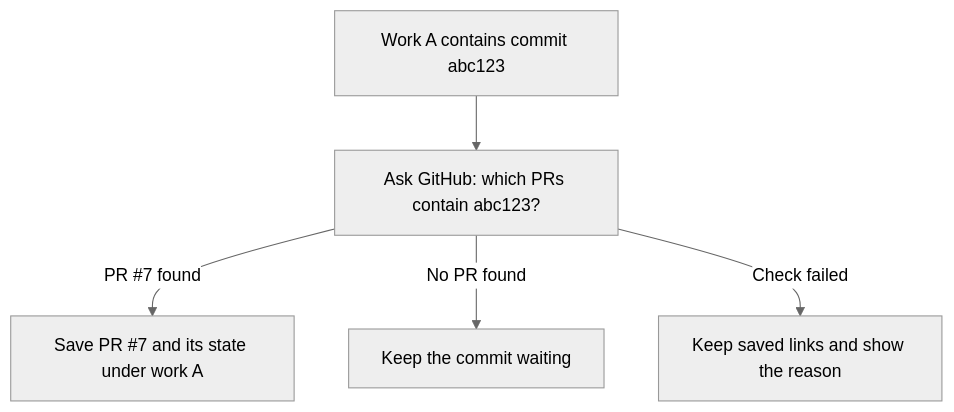
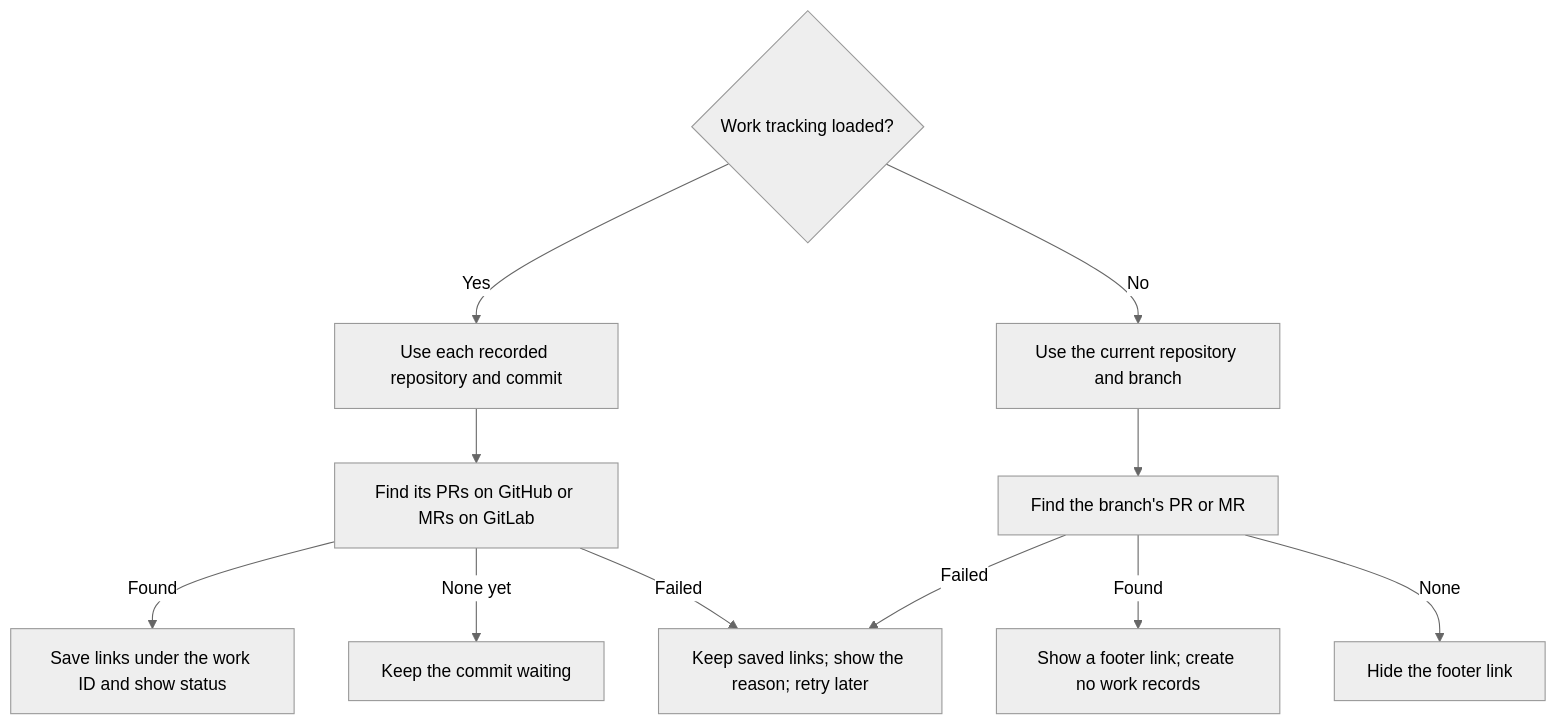
Before and after one commit to getkimchi/kimchi: the sixth of 6 diagrams in docs/work-attribution.md, drawn with Mermaid (neutral theme). The commit also changed other lines of this file and 9 other files, not shown here.

Commit message:
feat: discover GitHub PRs and GitLab MRs through their APIs

````diff
--- a/docs/work-attribution.md
+++ b/docs/work-attribution.md
@@ -145,7 +145,13 @@
 ```mermaid
 flowchart TD
-    C["Work A contains commit abc123"] --> G["Ask GitHub: which PRs contain abc123?"]
-    G -->|PR #7 found| L["Save PR #7 and its state under work A"]
-    G -->|No PR found| P["Keep the commit waiting"]
-    G -->|Check failed| E["Keep saved links and show the reason"]
+    T{"Work tracking loaded?"} -->|Yes| C["Use each recorded repository and commit"]
+    T -->|No| B["Use the current repository and branch"]
+    C --> G["Find its PRs on GitHub or MRs on GitLab"]
+    B --> H["Find the branch's PR or MR"]
+    G -->|Found| L["Save links under the work ID and show status"]
+    G -->|None yet| P["Keep the commit waiting"]
+    H -->|Found| F["Show a footer link; create no work records"]
+    H -->|None| Q["Hide the footer link"]
+    G -->|Failed| E["Keep saved links; show the reason; retry later"]
+    H -->|Failed| E
 ```
````
